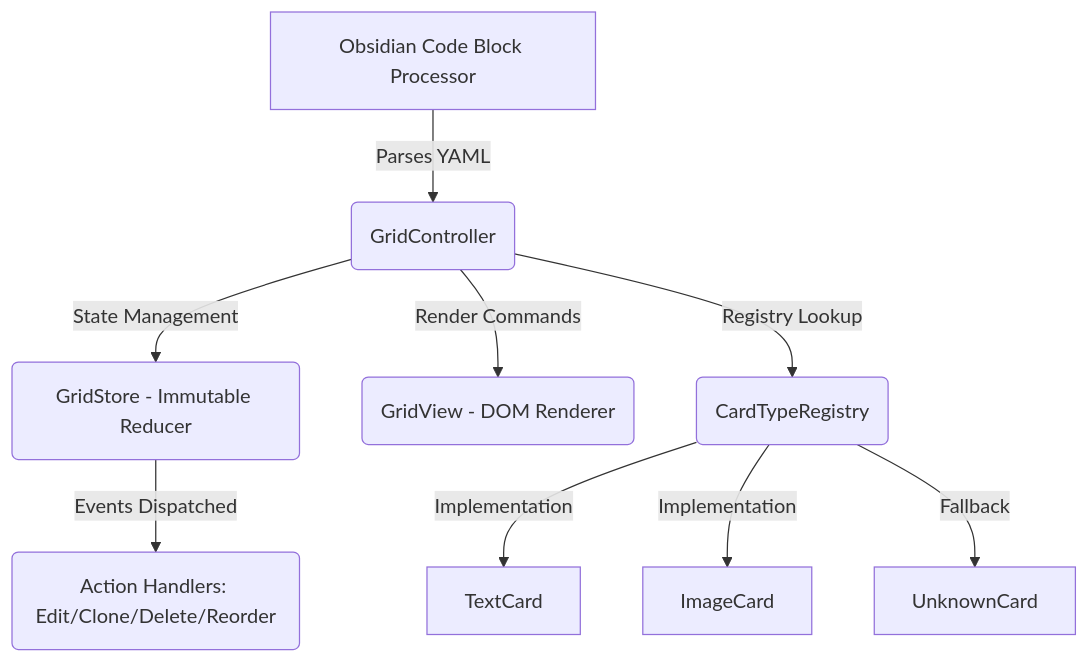
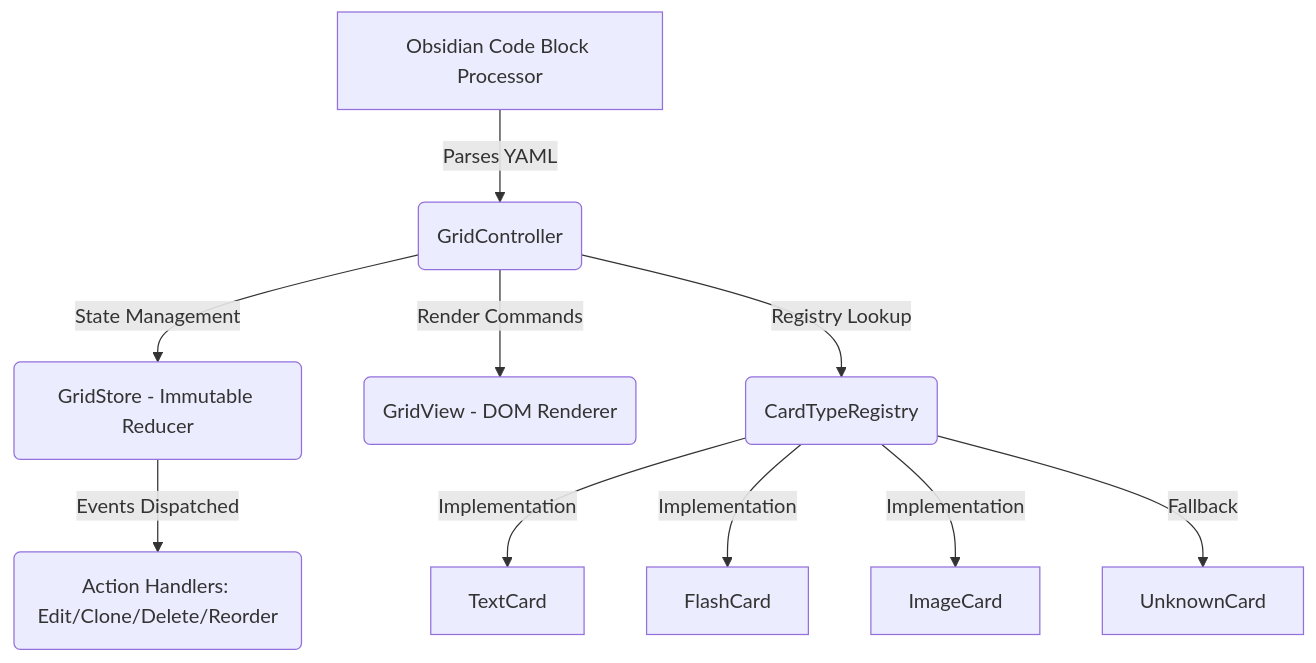
Before and after one commit to bjornclauw/obsidian-card-grid: the diagram in DOCUMENTATION.md, drawn with Mermaid. The commit also changed other lines of this file and 6 other files, not shown here.

Commit message:
feat: implement FlashCard type with custom rendering, editor fields, and shared image styling support

````diff
--- a/DOCUMENTATION.md
+++ b/DOCUMENTATION.md
@@ -18,11 +18,12 @@
 ```mermaid
 graph TD
     A[Obsidian Code Block Processor] -->|Parses YAML| B(GridController)
     B -->|State Management| C(GridStore - Immutable Reducer)
     B -->|Render Commands| D(GridView - DOM Renderer)
     C -->|Events Dispatched| E(Action Handlers: Edit/Clone/Delete/Reorder)
     B -->|Registry Lookup| F(CardTypeRegistry)
     F -->|Implementation| G[TextCard]
-    F -->|Implementation| H[ImageCard]  
+    F -->|Implementation| H[FlashCard]  
+    F -->|Implementation| J[ImageCard]
     F -->|Fallback| I[UnknownCard]
 ```
````
